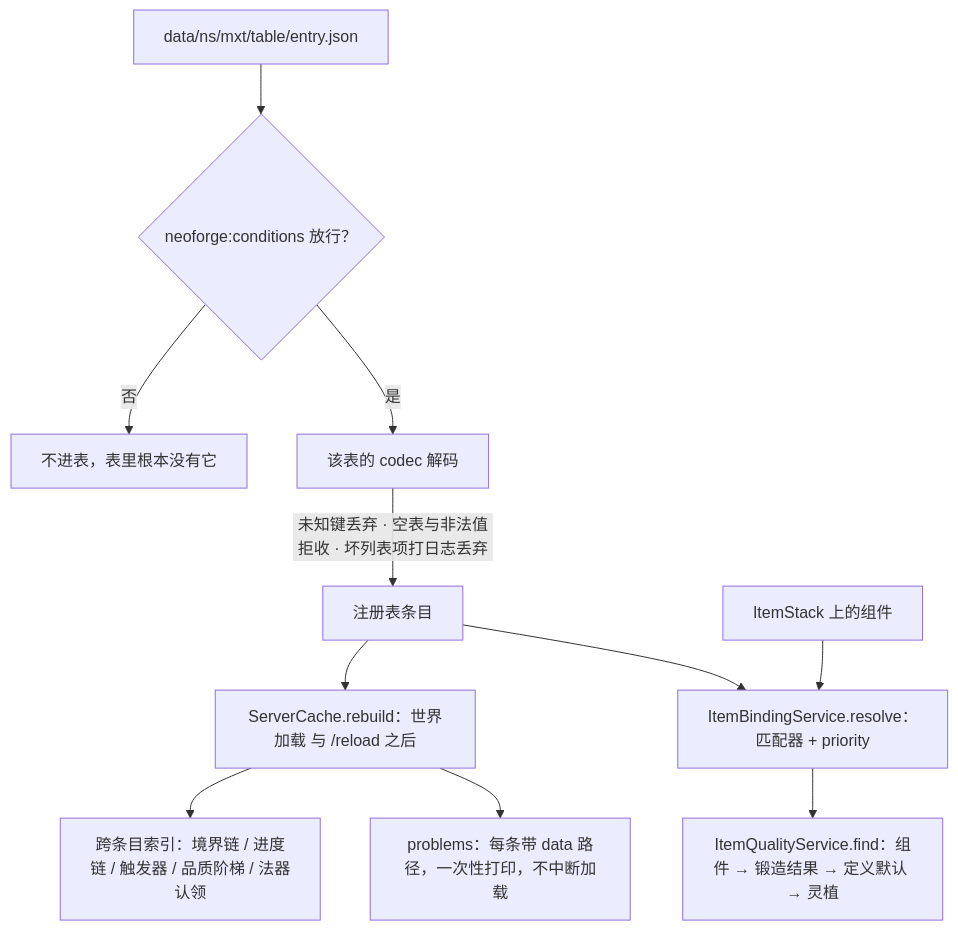
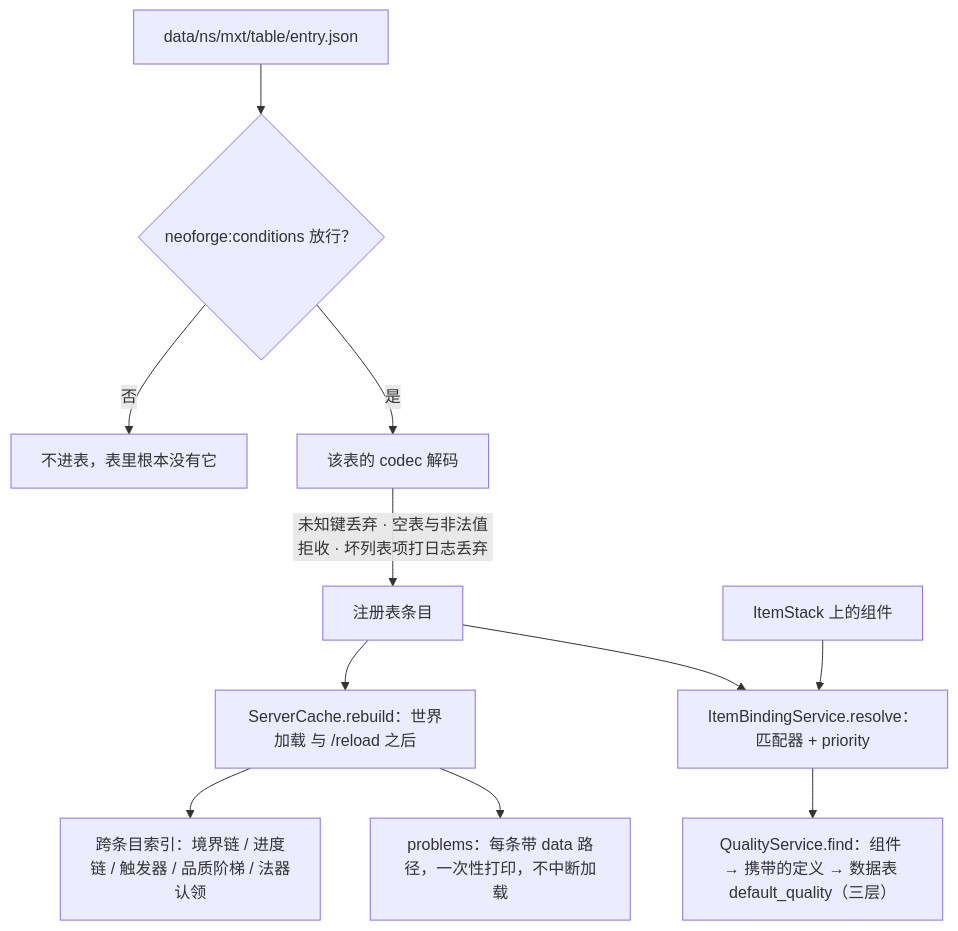
Before and after one commit to IAFEnvoy/mxt-docs: the diagram in docs/technical/data-loading.md, drawn with Mermaid. The commit also changed other lines of this file and 117 other files, not shown here.

````diff
--- a/docs/technical/data-loading.md
+++ b/docs/technical/data-loading.md
@@ -52,13 +53,13 @@
 ```mermaid
 flowchart TD
     A["data/ns/mxt/table/entry.json"] --> B{"neoforge:conditions 放行？"}
     B -->|否| X["不进表，表里根本没有它"]
     B -->|是| C["该表的 codec 解码"]
     C -->|"未知键丢弃 · 空表与非法值拒收 · 坏列表项打日志丢弃"| D["注册表条目"]
     D --> E["ServerCache.rebuild：世界加载 与 /reload 之后"]
     E --> F["跨条目索引：境界链 / 进度链 / 触发器 / 品质阶梯 / 法器认领"]
     E --> G["problems：每条带 data 路径，一次性打印，不中断加载"]
     D --> H["ItemBindingService.resolve：匹配器 + priority"]
     I["ItemStack 上的组件"] --> H
-    H --> J["ItemQualityService.find：组件 → 锻造结果 → 定义默认 → 灵植"]
+    H --> J["QualityService.find：组件 → 携带的定义 → 数据表 default_quality（三层）"]
 ```
````
